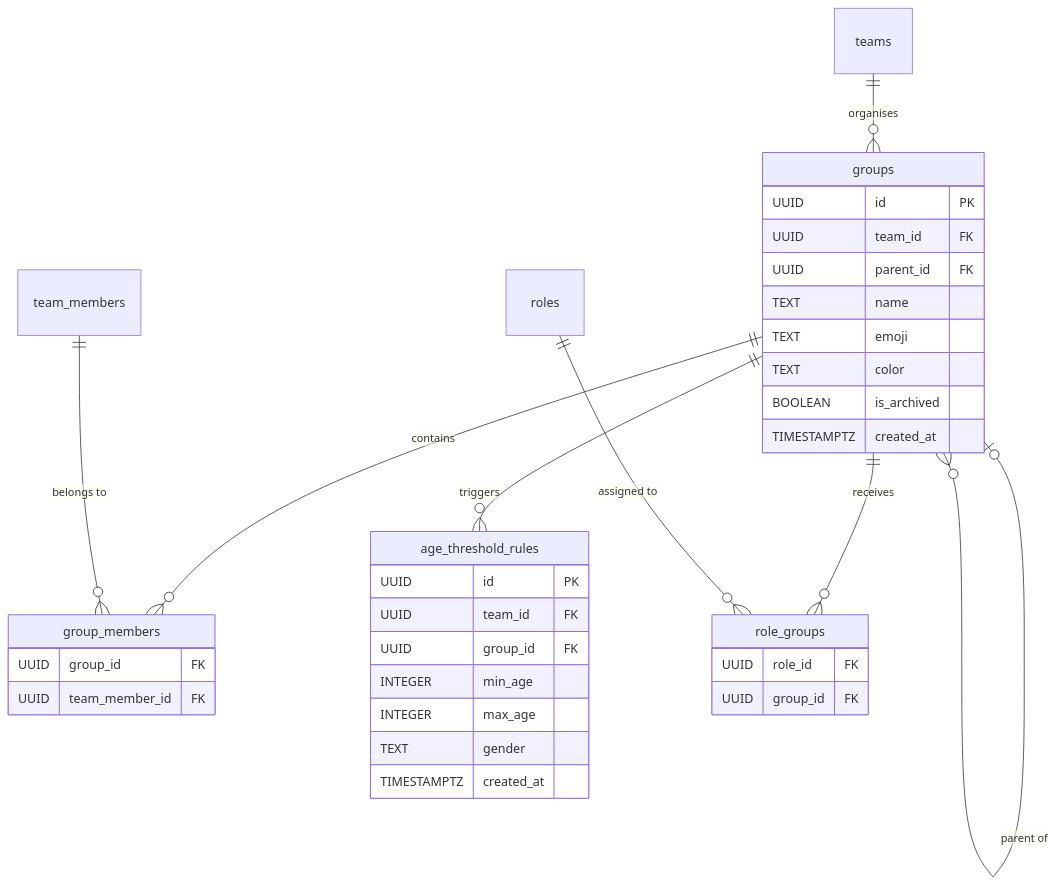
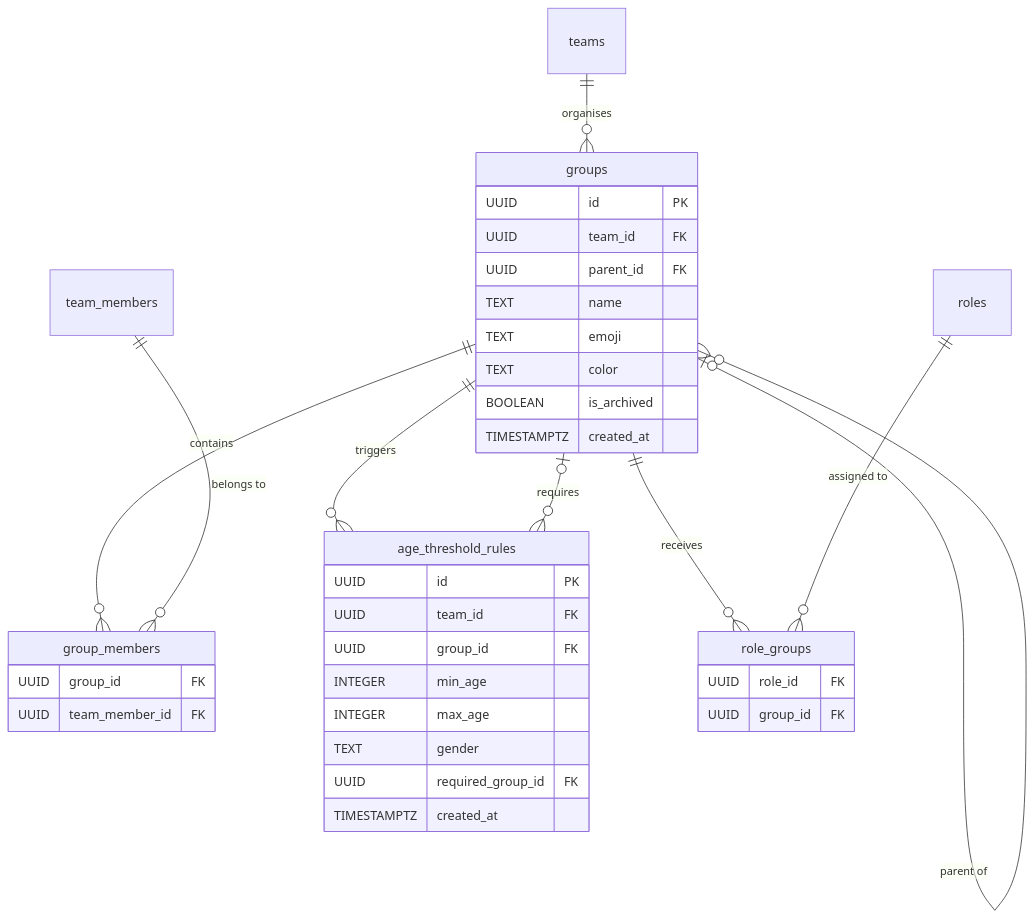
The fifth of 12 diagrams in docs/thesis/er-diagram.md (maxa-ondrej/sideline), drawn with Mermaid before and after one commit. The commit also changed other lines of this file and 15 other files, not shown here.

````diff
--- a/docs/thesis/er-diagram.md
+++ b/docs/thesis/er-diagram.md
@@ -283,41 +284,43 @@
 ```mermaid
 erDiagram
     groups {
         UUID id PK
         UUID team_id FK
         UUID parent_id FK
         TEXT name
         TEXT emoji
         TEXT color
         BOOLEAN is_archived
         TIMESTAMPTZ created_at
     }
 
     group_members {
         UUID group_id FK
         UUID team_member_id FK
     }
 
     age_threshold_rules {
         UUID id PK
         UUID team_id FK
         UUID group_id FK
         INTEGER min_age
         INTEGER max_age
         TEXT gender
+        UUID required_group_id FK
         TIMESTAMPTZ created_at
     }
 
     role_groups {
         UUID role_id FK
         UUID group_id FK
     }
 
     teams ||--o{ groups : "organises"
     groups o|--o{ groups : "parent of"
     groups ||--o{ group_members : "contains"
     groups ||--o{ age_threshold_rules : "triggers"
+    groups o|--o{ age_threshold_rules : "requires"
     groups ||--o{ role_groups : "receives"
     team_members ||--o{ group_members : "belongs to"
     roles ||--o{ role_groups : "assigned to"
 ```
````
